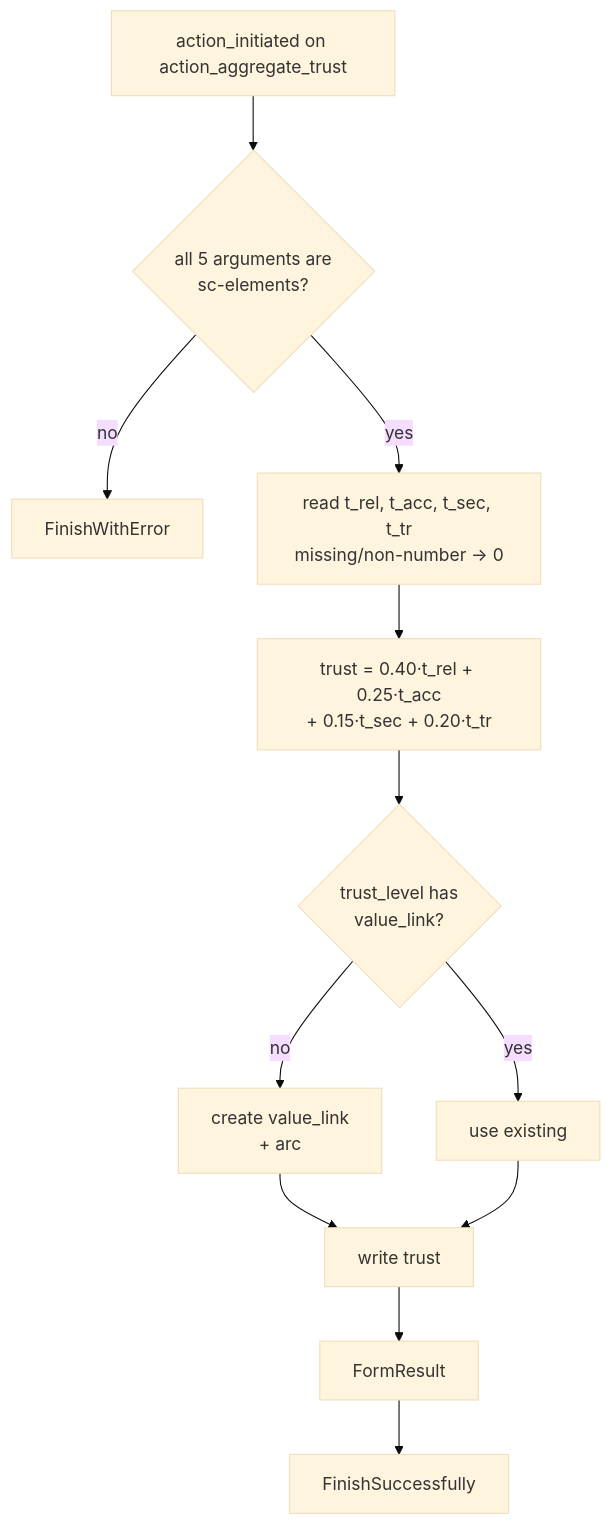
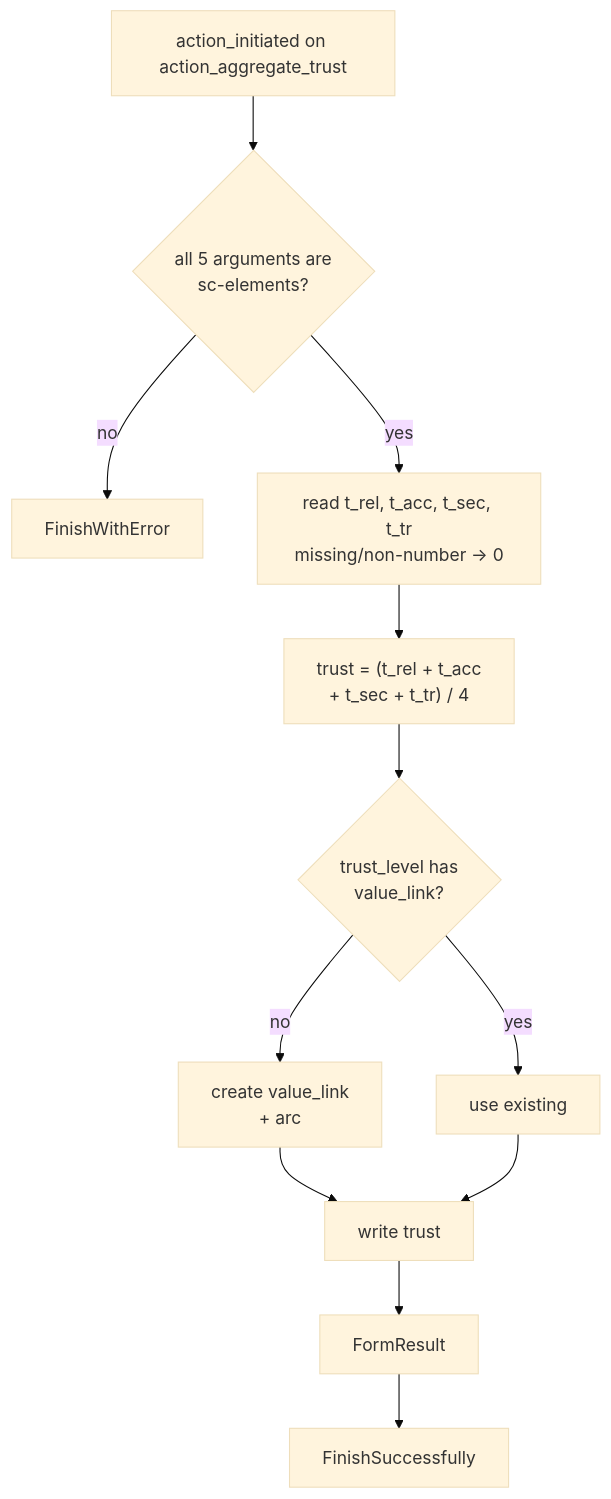
The diagram in agents_vault/AgentAggregateTrust.md (Santmus/ostis-intelligent-mediator), drawn with Mermaid (base theme) before and after one commit. The commit also changed other lines of this file and 24 other files, not shown here.

````diff
--- a/agents_vault/AgentAggregateTrust.md
+++ b/agents_vault/AgentAggregateTrust.md
@@ -151,14 +151,14 @@
 ```mermaid
 flowchart TD
     A[action_initiated on action_aggregate_trust] --> B{all 5 arguments are<br/>sc-elements?}
     B -- no --> E1[FinishWithError]
     B -- yes --> C[read t_rel, t_acc, t_sec, t_tr<br/>missing/non-number → 0]
-    C --> D["trust = 0.40·t_rel + 0.25·t_acc<br/>+ 0.15·t_sec + 0.20·t_tr"]
+    C --> D["trust = (t_rel + t_acc<br/>+ t_sec + t_tr) / 4"]
     D --> F{trust_level has<br/>value_link?}
     F -- no --> G[create value_link<br/>+ arc]
     F -- yes --> H[use existing]
     G --> I[write trust]
     H --> I
     I --> J[FormResult]
     J --> K[FinishSuccessfully]
 ```
````
